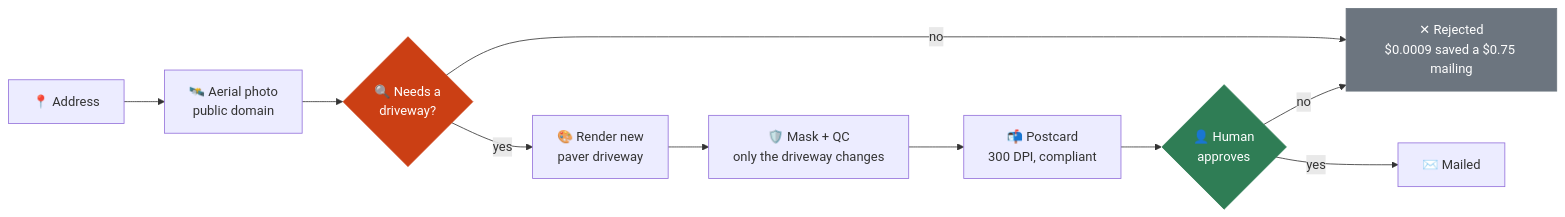
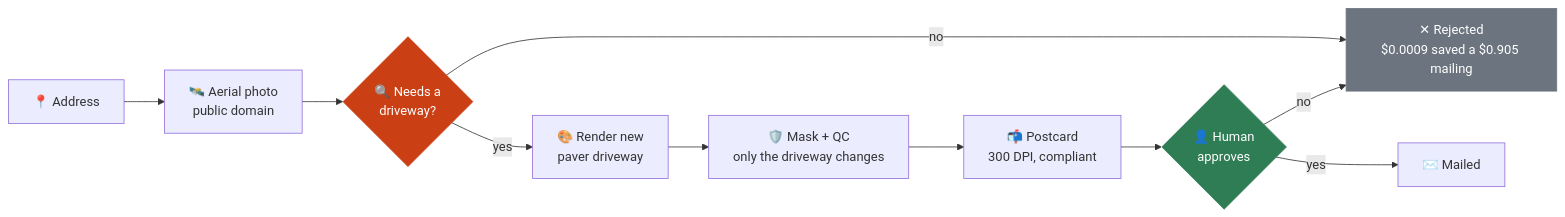
Before and after one commit to Zerubabel-J/curbside: the first of 5 diagrams in README.md, drawn with Mermaid. The commit also changed other lines of this file and 3 other files, not shown here.

````diff
--- a/README.md
+++ b/README.md
@@ -37,16 +37,16 @@
 ```mermaid
 flowchart LR
     A["📍 Address"] --> B["🛰️ Aerial photo<br/>public domain"]
     B --> C{"🔍 Needs a<br/>driveway?"}
-    C -->|no| X["✕ Rejected<br/>$0.0009 saved a $0.75 mailing"]
+    C -->|no| X["✕ Rejected<br/>$0.0009 saved a $0.905 mailing"]
     C -->|yes| D["🎨 Render new<br/>paver driveway"]
     D --> E["🛡️ Mask + QC<br/>only the driveway changes"]
     E --> F["📬 Postcard<br/>300 DPI, compliant"]
     F --> G{"👤 Human<br/>approves"}
     G -->|yes| H["✉️ Mailed"]
     G -->|no| X
 
     style C fill:#cb3f14,stroke:#cb3f14,color:#fff
     style G fill:#2f7d55,stroke:#2f7d55,color:#fff
     style X fill:#6c757f,stroke:#6c757f,color:#fff
 ```
````
